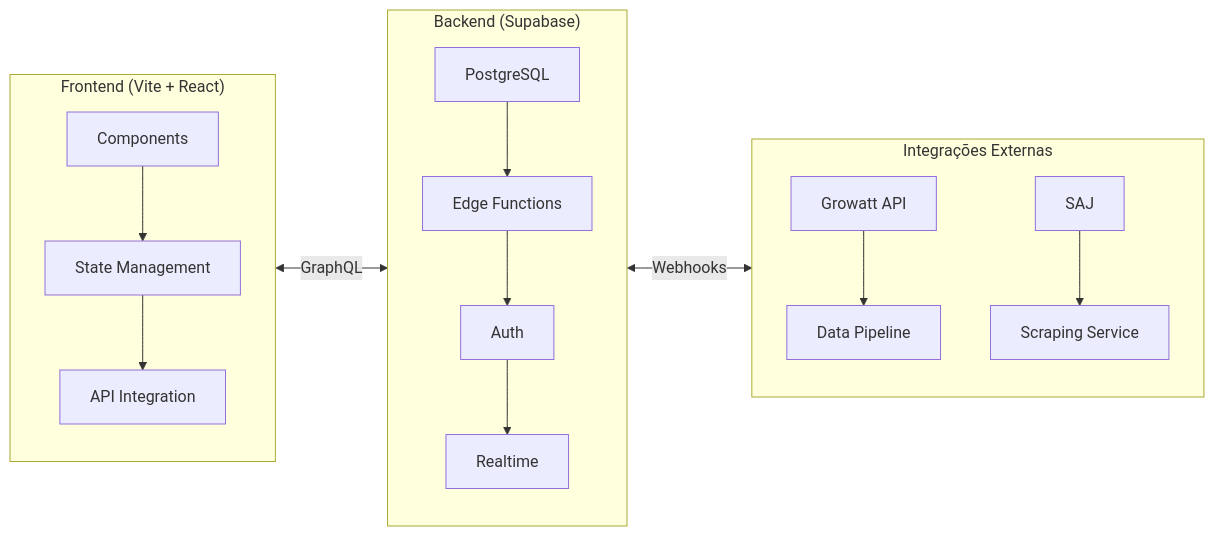
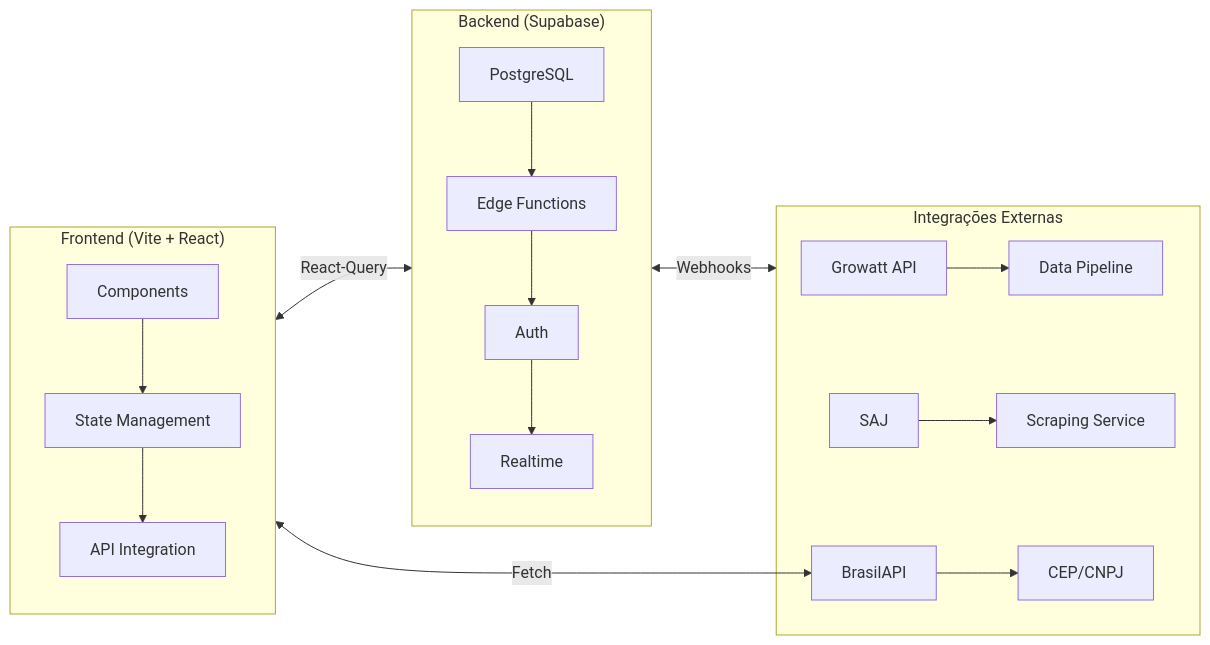
One commit to ottoffilho/modularone changed the first of 6 diagrams in .cursor/rules/contexto-modularone.md. Above: the diagram before and after it, drawn with Mermaid. The commit also changed other lines of this file and 29 other files, not shown here.

````diff
--- a/.cursor/rules/contexto-modularone.md
+++ b/.cursor/rules/contexto-modularone.md
@@ -4,21 +4,23 @@
 ```mermaid
 flowchart LR
   subgraph Frontend["Frontend (Vite + React)"]
     A[Components] --> B[State Management]
     B --> C[API Integration]
   end
 
   subgraph Backend["Backend (Supabase)"]
     D[PostgreSQL] --> E[Edge Functions]
     E --> F[Auth]
     F --> G[Realtime]
   end
 
   subgraph Integrações["Integrações Externas"]
     H[Growatt API] --> I[Data Pipeline]
     J[SAJ] --> K[Scraping Service]
+    L[BrasilAPI] --> M[CEP/CNPJ]
   end
 
-  Frontend <-->|GraphQL| Backend
+  Frontend <-->|React-Query| Backend
   Backend <-->|Webhooks| Integrações
+  Frontend <-->|Fetch| L
 ```
````
